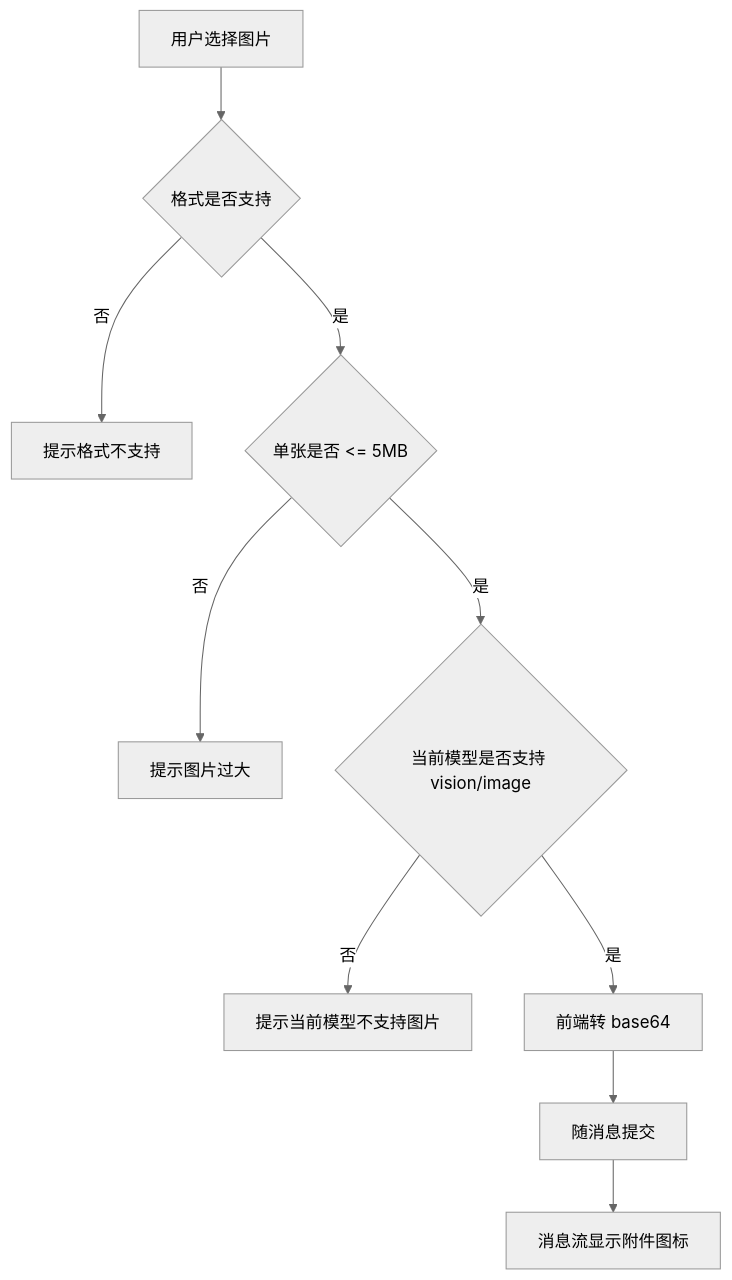
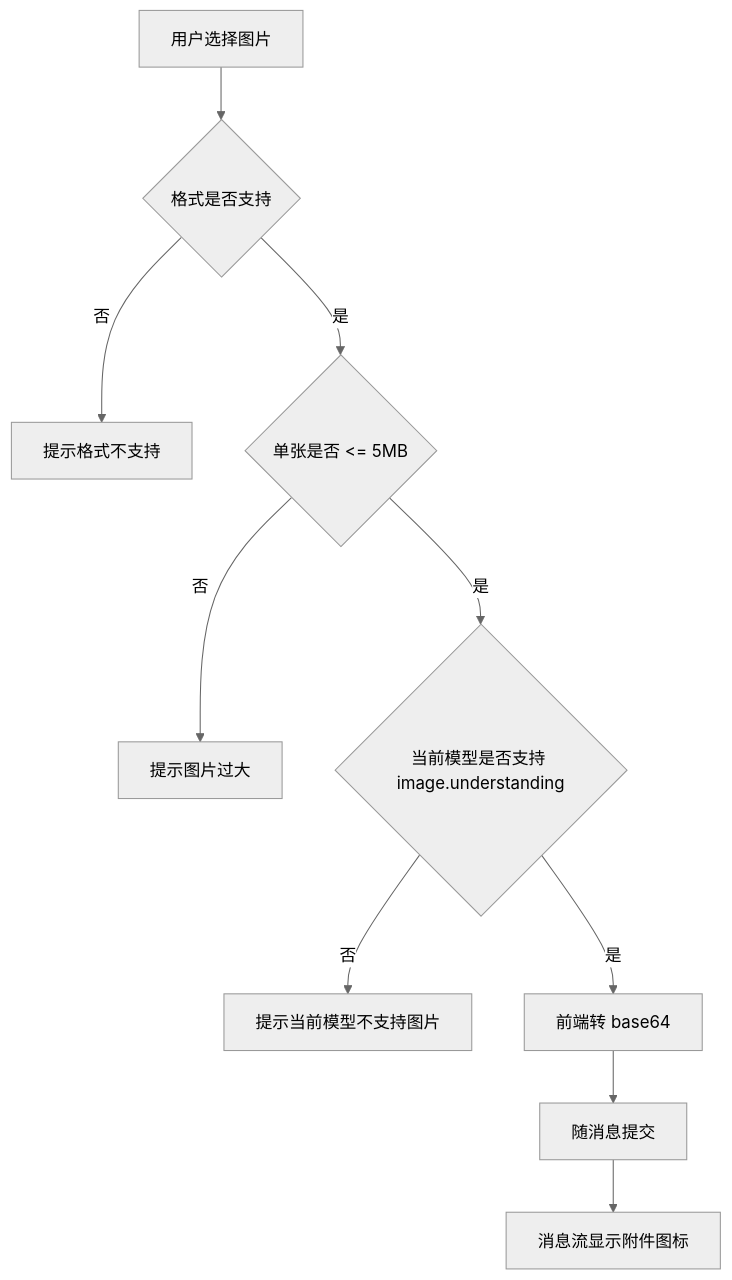
The ninth of 11 diagrams in 00_product/domains/ai-chatting/product-spec.md (wangweihong/omnimam-spec), drawn with Mermaid (neutral theme) before and after one commit. The commit also changed other lines of this file and 43 other files, not shown here.

````diff
--- a/00_product/domains/ai-chatting/product-spec.md
+++ b/00_product/domains/ai-chatting/product-spec.md
@@ -488,12 +509,12 @@
 ```mermaid
 flowchart TD
   A[用户选择图片] --> B{格式是否支持}
   B -->|否| X[提示格式不支持]
   B -->|是| C{单张是否 <= 5MB}
   C -->|否| Y[提示图片过大]
-  C -->|是| D{当前模型是否支持 vision/image}
+  C -->|是| D{当前模型是否支持 image.understanding}
   D -->|否| Z[提示当前模型不支持图片]
   D -->|是| E[前端转 base64]
   E --> F[随消息提交]
   F --> G[消息流显示附件图标]
 ```
````
